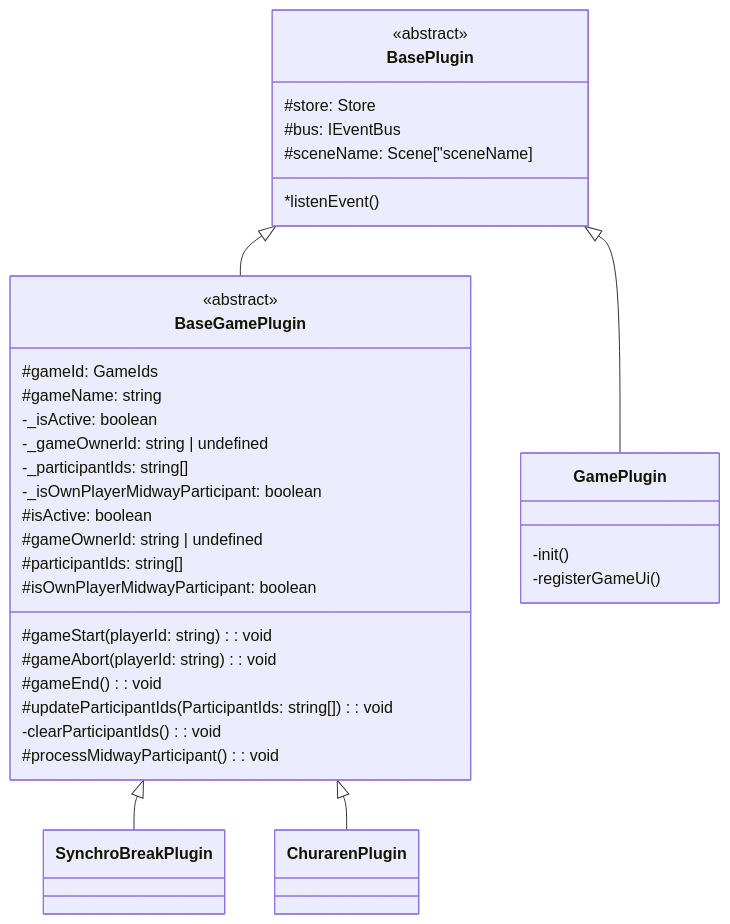
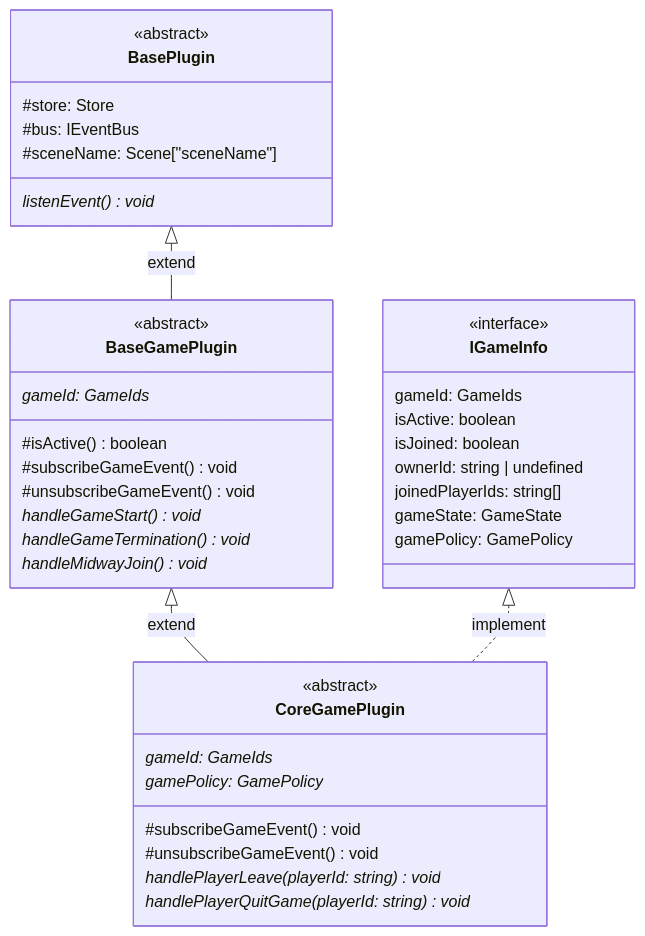
Before and after one commit to churadata/churaverse-plugins: the diagram in churaverse-plugins-client/src/gamePlugin/gamePluginClass.md, drawn with Mermaid. The commit also changed other lines of this file and 187 other files, not shown here.

````diff
--- a/churaverse-plugins-client/src/gamePlugin/gamePluginClass.md
+++ b/churaverse-plugins-client/src/gamePlugin/gamePluginClass.md
@@ -5,51 +4,49 @@
 ```mermaid
 classDiagram
-    BasePlugin <|-- BaseGamePlugin
-    BasePlugin <|-- GamePlugin
-    BaseGamePlugin <|-- SynchroBreakPlugin
-    BaseGamePlugin <|-- ChurarenPlugin
+    BasePlugin <|-- BaseGamePlugin : extend
+    BaseGamePlugin <|-- CoreGamePlugin : extend
+    IGameInfo <|.. CoreGamePlugin : implement
 
     class BasePlugin {
         <<abstract>>
         #store: Store<Scene>
         #bus: IEventBus<Scene>
-        #sceneName: Scene["sceneName]
+        #sceneName: Scene["sceneName"]
 
-        *listenEvent()
+        listenEvent() void *
     }
-
-    class GamePlugin {
-        -init()
-        -registerGameUi()
+    
+    class IGameInfo {
+        <<interface>>
+        gameId: GameIds
+        isActive: boolean
+        isJoined: boolean
+        ownerId: string | undefined
+        joinedPlayerIds: string[]
+        gameState: GameState
+        gamePolicy: GamePolicy
     }
 
     class BaseGamePlugin {
         <<abstract>>
-        #gameId: GameIds
-        #gameName: string
-        -_isActive: boolean
-        -_gameOwnerId: string | undefined
-        -_participantIds: string[]
-        -_isOwnPlayerMidwayParticipant: boolean
+        gameId: GameIds *
 
-        #isActive: boolean
-        #gameOwnerId: string | undefined
-        #participantIds: string[]
-        #isOwnPlayerMidwayParticipant: boolean
-
-        #gameStart(playerId: string): void
-        #gameAbort(playerId: string): void
-        #gameEnd(): void
-        #updateParticipantIds(ParticipantIds: string[]): void
-        -clearParticipantIds(): void
-        #processMidwayParticipant(): void
+        #isActive() boolean
+        #subscribeGameEvent() void
+        #unsubscribeGameEvent() void
+        handleGameStart() void *
+        handleGameTermination() void *
+        handleMidwayJoin() void *
     }
 
-    class SynchroBreakPlugin {
+    class CoreGamePlugin {
+        <<abstract>>
+        gameId: GameIds *
+        gamePolicy: GamePolicy *
 
-    }
-
-    class ChurarenPlugin {
-
+        #subscribeGameEvent() void
+        #unsubscribeGameEvent() void
+        handlePlayerLeave(playerId: string) void *
+        handlePlayerQuitGame(playerId: string) void *
     }
 ```
````
